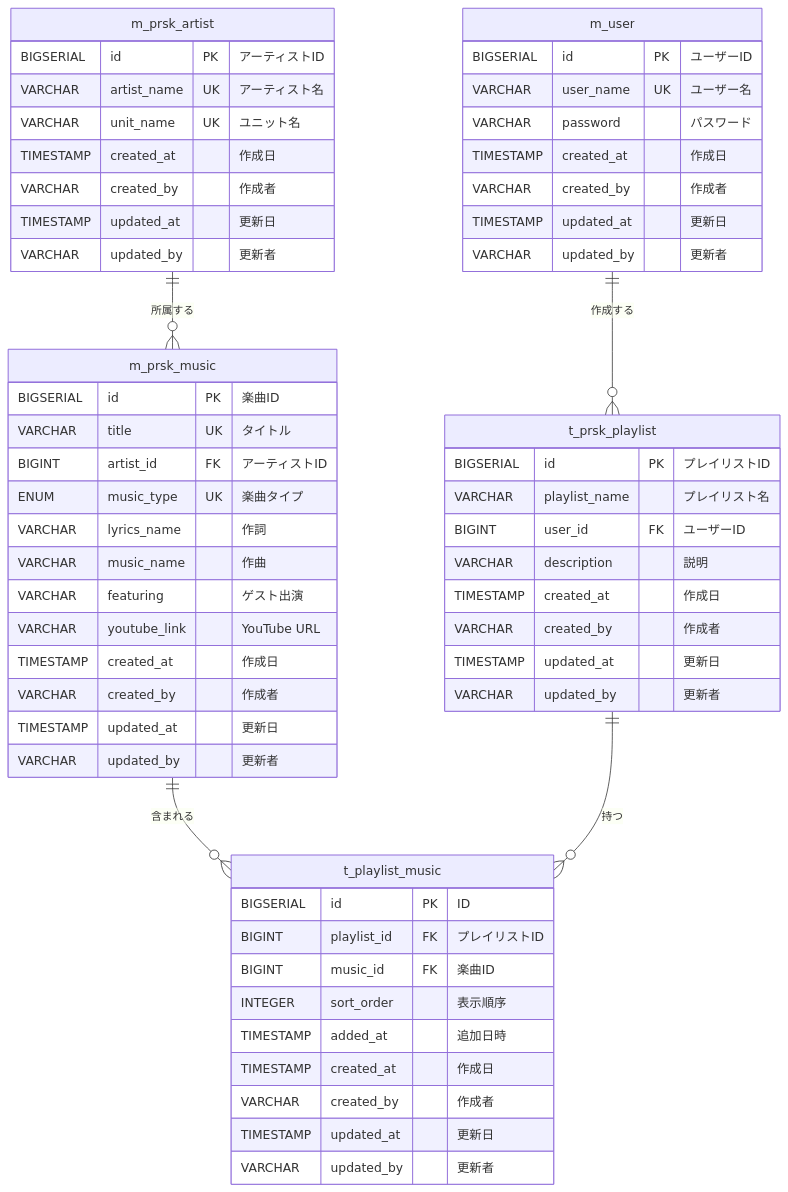
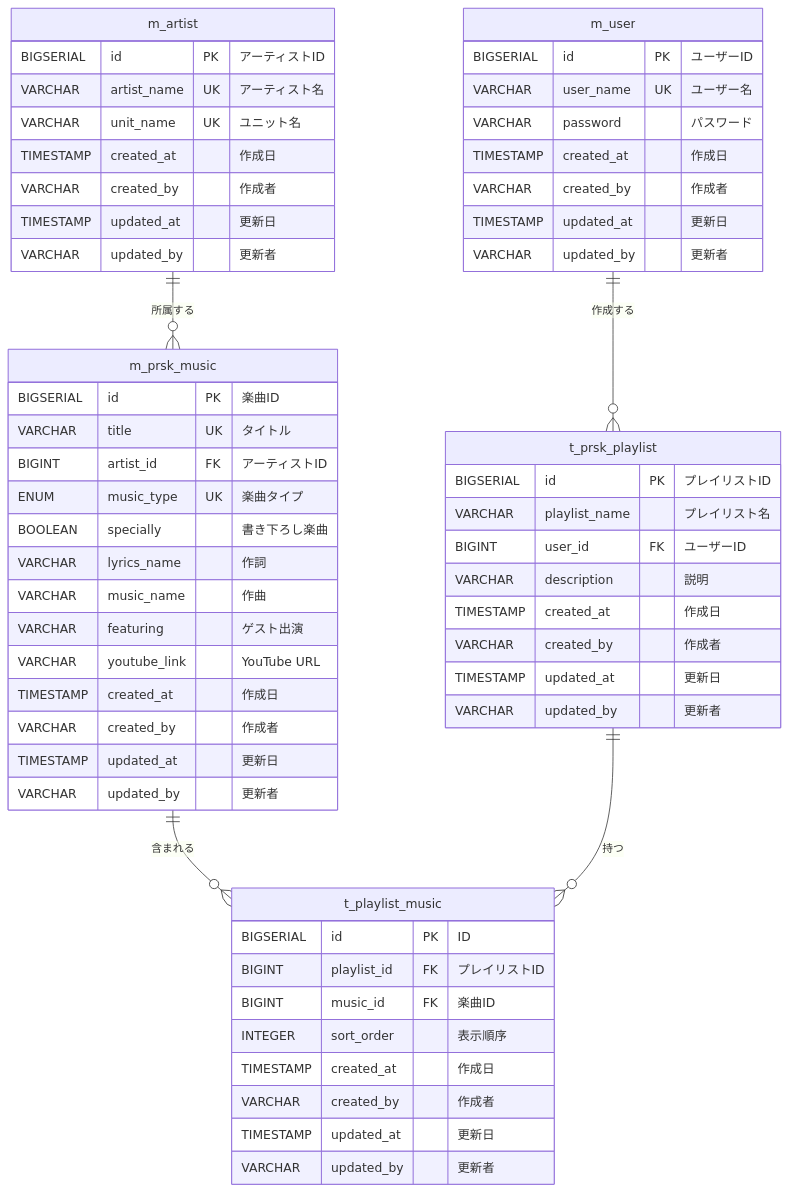
The diagram in doc/spec/entity-relationship-diagram.md (Narumikr/prsk-backend-SToRY), drawn with Mermaid before and after one commit. The commit also changed 1 other file, not shown here.

Commit message:
update table definition (#6)

````diff
--- a/doc/spec/entity-relationship-diagram.md
+++ b/doc/spec/entity-relationship-diagram.md
@@ -3,65 +3,65 @@
 ```mermaid
 erDiagram
     m_user ||--o{ t_prsk_playlist : "作成する"
-    m_prsk_artist ||--o{ m_prsk_music : "所属する"
+    m_artist ||--o{ m_prsk_music : "所属する"
     m_prsk_music ||--o{ t_playlist_music : "含まれる"
     t_prsk_playlist ||--o{ t_playlist_music : "持つ"
 
     m_user {
         BIGSERIAL id PK "ユーザーID"
         VARCHAR user_name UK "ユーザー名"
         VARCHAR password "パスワード"
         TIMESTAMP created_at "作成日"
         VARCHAR created_by "作成者"
         TIMESTAMP updated_at "更新日"
         VARCHAR updated_by "更新者"
     }
 
-    m_prsk_artist {
+    m_artist {
         BIGSERIAL id PK "アーティストID"
         VARCHAR artist_name UK "アーティスト名"
         VARCHAR unit_name UK "ユニット名"
         TIMESTAMP created_at "作成日"
         VARCHAR created_by "作成者"
         TIMESTAMP updated_at "更新日"
         VARCHAR updated_by "更新者"
     }
 
     m_prsk_music {
         BIGSERIAL id PK "楽曲ID"
         VARCHAR title UK "タイトル"
         BIGINT artist_id FK "アーティストID"
         ENUM music_type UK "楽曲タイプ"
+        BOOLEAN specially "書き下ろし楽曲"
         VARCHAR lyrics_name "作詞"
         VARCHAR music_name "作曲"
         VARCHAR featuring "ゲスト出演"
         VARCHAR youtube_link "YouTube URL"
         TIMESTAMP created_at "作成日"
         VARCHAR created_by "作成者"
         TIMESTAMP updated_at "更新日"
         VARCHAR updated_by "更新者"
     }
 
     t_prsk_playlist {
         BIGSERIAL id PK "プレイリストID"
         VARCHAR playlist_name "プレイリスト名"
         BIGINT user_id FK "ユーザーID"
         VARCHAR description "説明"
         TIMESTAMP created_at "作成日"
         VARCHAR created_by "作成者"
         TIMESTAMP updated_at "更新日"
         VARCHAR updated_by "更新者"
     }
 
     t_playlist_music {
         BIGSERIAL id PK "ID"
         BIGINT playlist_id FK "プレイリストID"
         BIGINT music_id FK "楽曲ID"
         INTEGER sort_order "表示順序"
-        TIMESTAMP added_at "追加日時"
         TIMESTAMP created_at "作成日"
         VARCHAR created_by "作成者"
         TIMESTAMP updated_at "更新日"
         VARCHAR updated_by "更新者"
     }
 ```
````
